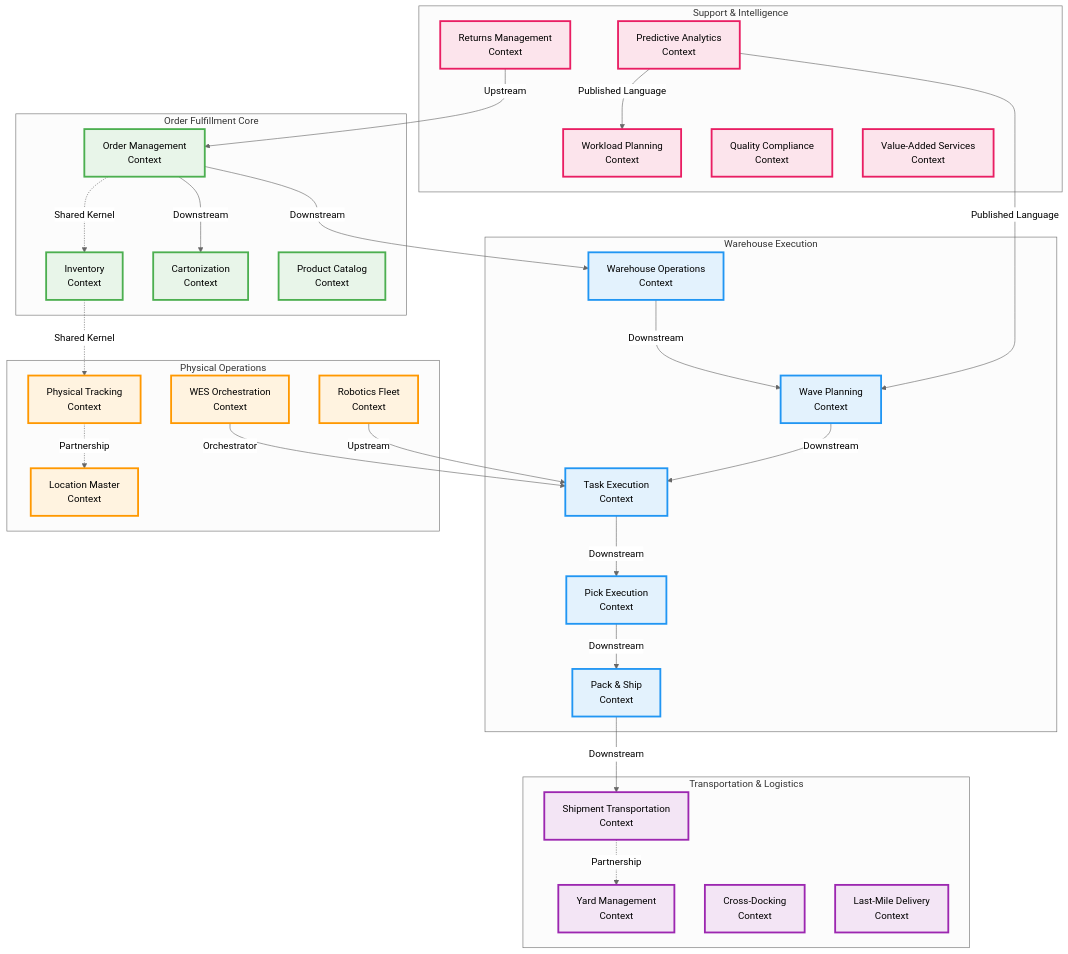
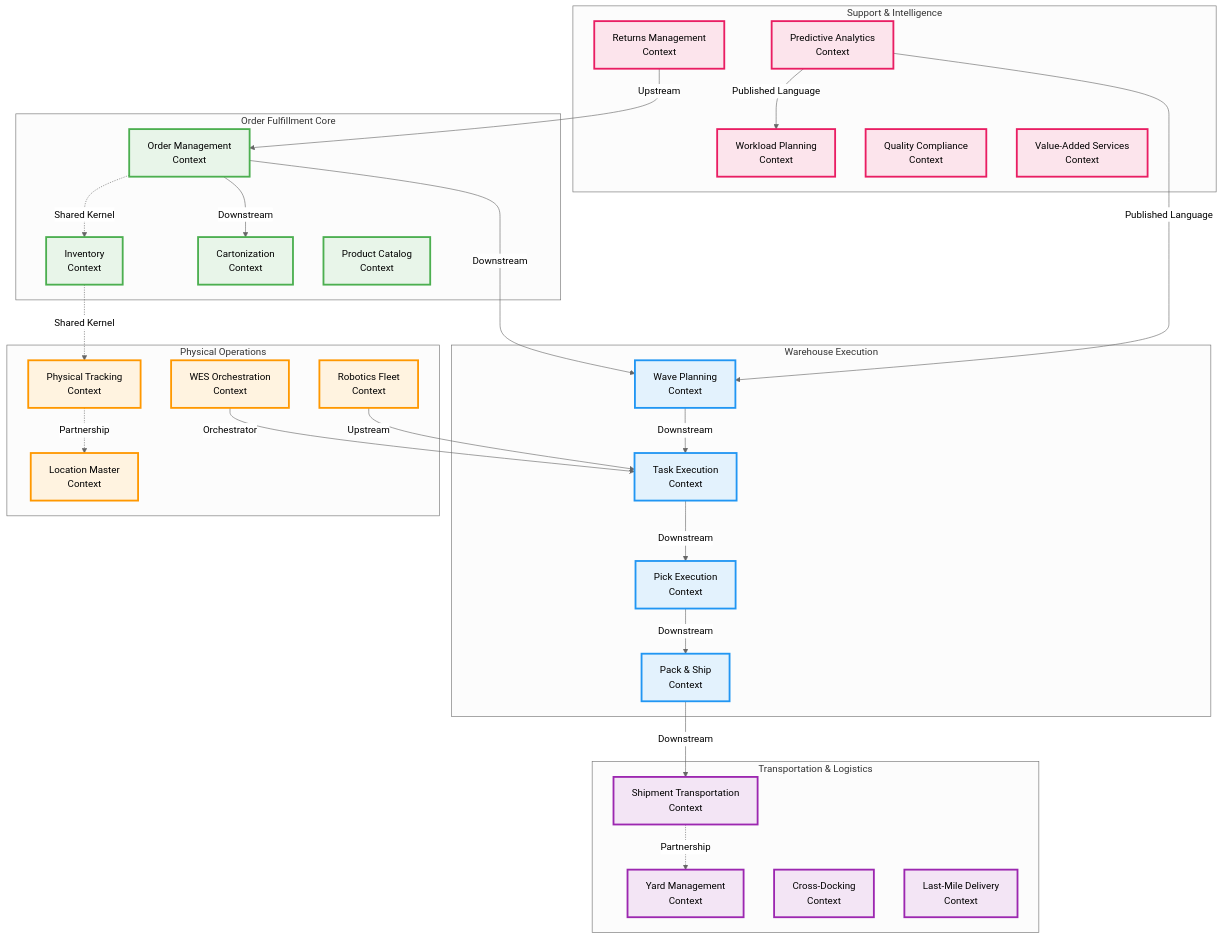
One commit to paklog/docs changed the diagram in domain-driven-design/bounded-contexts-overview.md. Above: the diagram before and after it, drawn with Mermaid (neutral theme). The commit also changed other lines of this file and 259 other files, not shown here.

````diff
--- a/domain-driven-design/bounded-contexts-overview.md
+++ b/domain-driven-design/bounded-contexts-overview.md
@@ -5,69 +5,67 @@
 ```mermaid
 graph TB
     subgraph "Order Fulfillment Core"
         OM[Order Management<br/>Context]
         I[Inventory<br/>Context]
         C[Cartonization<br/>Context]
         PC[Product Catalog<br/>Context]
     end
 
     subgraph "Warehouse Execution"
-        WO[Warehouse Operations<br/>Context]
         WP[Wave Planning<br/>Context]
         TE[Task Execution<br/>Context]
         PE[Pick Execution<br/>Context]
         PS[Pack & Ship<br/>Context]
     end
 
     subgraph "Physical Operations"
         PT[Physical Tracking<br/>Context]
         LM[Location Master<br/>Context]
         RF[Robotics Fleet<br/>Context]
         WES[WES Orchestration<br/>Context]
     end
 
     subgraph "Transportation & Logistics"
         ST[Shipment Transportation<br/>Context]
         YM[Yard Management<br/>Context]
         CD[Cross-Docking<br/>Context]
         LMD[Last-Mile Delivery<br/>Context]
     end
 
     subgraph "Support & Intelligence"
         RM[Returns Management<br/>Context]
         PA[Predictive Analytics<br/>Context]
         WL[Workload Planning<br/>Context]
         QC[Quality Compliance<br/>Context]
         VAS[Value-Added Services<br/>Context]
     end
 
     %% Context Relationships
     OM -.->|Shared Kernel| I
     OM -->|Downstream| C
-    OM -->|Downstream| WO
-    WO -->|Downstream| WP
+    OM -->|Downstream| WP
     WP -->|Downstream| TE
     TE -->|Downstream| PE
     PE -->|Downstream| PS
     I -.->|Shared Kernel| PT
     PT -.->|Partnership| LM
     WES -->|Orchestrator| TE
     RF -->|Upstream| TE
     PS -->|Downstream| ST
     ST -.->|Partnership| YM
     RM -->|Upstream| OM
     PA -->|Published Language| WP
     PA -->|Published Language| WL
 
     classDef core fill:#e8f5e9,stroke:#4caf50,stroke-width:3px
     classDef execution fill:#e3f2fd,stroke:#2196f3,stroke-width:3px
     classDef physical fill:#fff3e0,stroke:#ff9800,stroke-width:3px
     classDef transport fill:#f3e5f5,stroke:#9c27b0,stroke-width:3px
     classDef support fill:#fce4ec,stroke:#e91e63,stroke-width:3px
 
     class OM,I,C,PC core
     class WO,WP,TE,PE,PS execution
     class PT,LM,RF,WES physical
     class ST,YM,CD,LMD transport
     class RM,PA,WL,QC,VAS support
 ```
````
